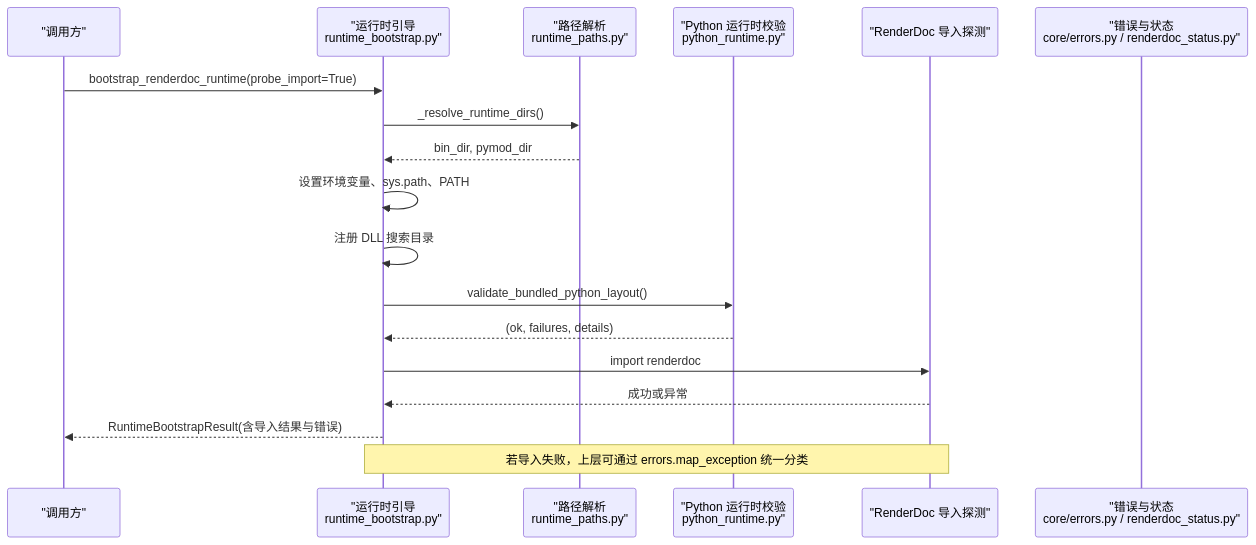
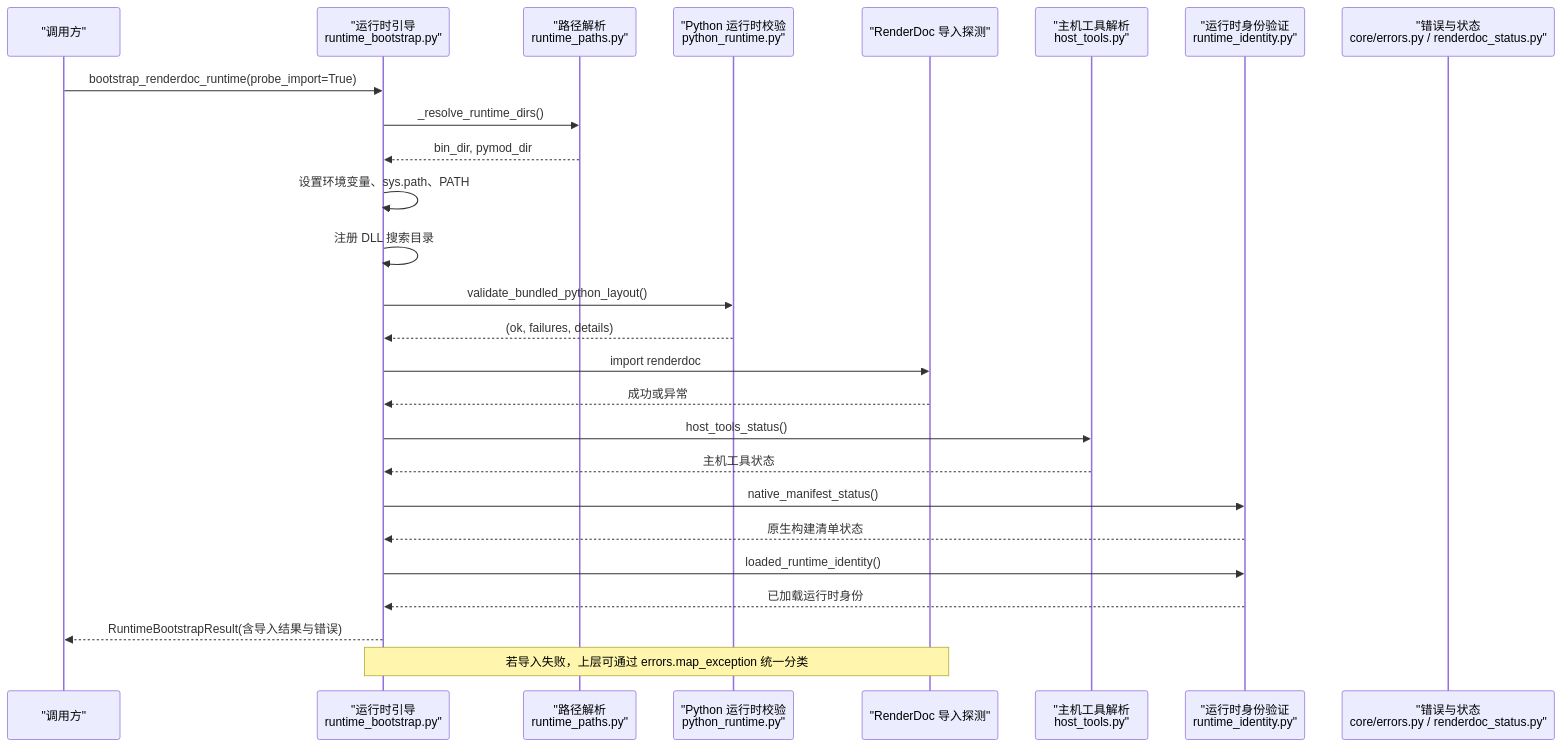
One commit to haolange/RDC-Tool changed the second of 6 diagrams in .qoder/repowiki/zh/content/运行时管理/依赖检查系统.md. Above: the diagram before and after it, drawn with Mermaid. The commit also changed other lines of this file and 67 other files, not shown here.

````diff
--- a/.qoder/repowiki/zh/content/运行时管理/依赖检查系统.md
+++ b/.qoder/repowiki/zh/content/运行时管理/依赖检查系统.md
@@ -86,20 +107,28 @@
 ```mermaid
 sequenceDiagram
 participant CLI as "调用方"
 participant Boot as "运行时引导<br/>runtime_bootstrap.py"
 participant Paths as "路径解析<br/>runtime_paths.py"
 participant PyRun as "Python 运行时校验<br/>python_runtime.py"
 participant RD as "RenderDoc 导入探测"
+participant HT as "主机工具解析<br/>host_tools.py"
+participant RI as "运行时身份验证<br/>runtime_identity.py"
 participant Err as "错误与状态<br/>core/errors.py / renderdoc_status.py"
 CLI->>Boot : bootstrap_renderdoc_runtime(probe_import=True)
 Boot->>Paths : _resolve_runtime_dirs()
 Paths-->>Boot : bin_dir, pymod_dir
 Boot->>Boot : 设置环境变量、sys.path、PATH
 Boot->>Boot : 注册 DLL 搜索目录
 Boot->>PyRun : validate_bundled_python_layout()
 PyRun-->>Boot : (ok, failures, details)
 Boot->>RD : import renderdoc
 RD-->>Boot : 成功或异常
+Boot->>HT : host_tools_status()
+HT-->>Boot : 主机工具状态
+Boot->>RI : native_manifest_status()
+RI-->>Boot : 原生构建清单状态
+Boot->>RI : loaded_runtime_identity()
+RI-->>Boot : 已加载运行时身份
 Boot-->>CLI : RuntimeBootstrapResult(含导入结果与错误)
 Note over Boot,RD : 若导入失败，上层可通过 errors.map_exception 统一分类
 ```
````
